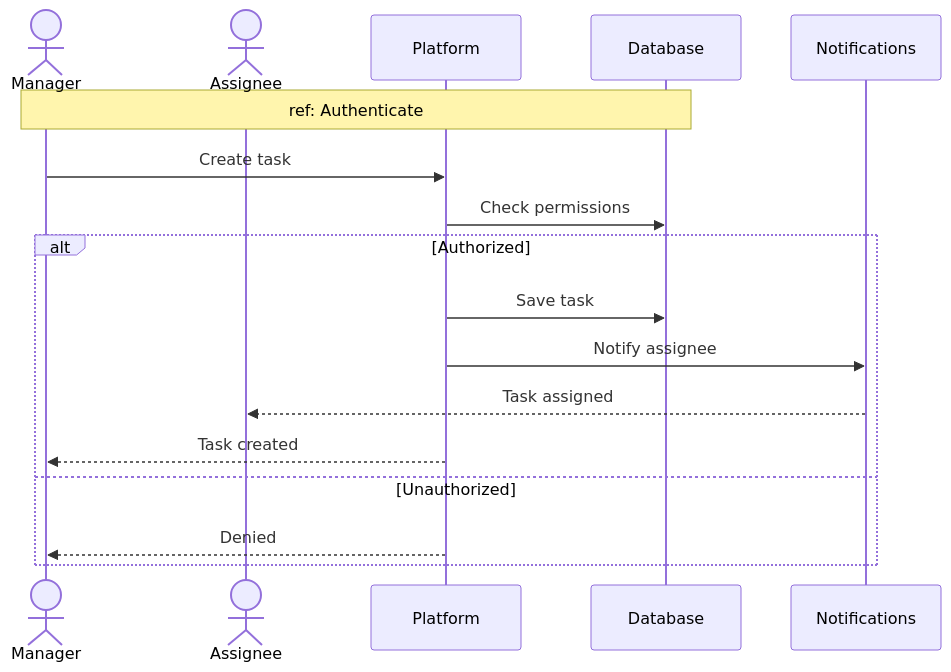
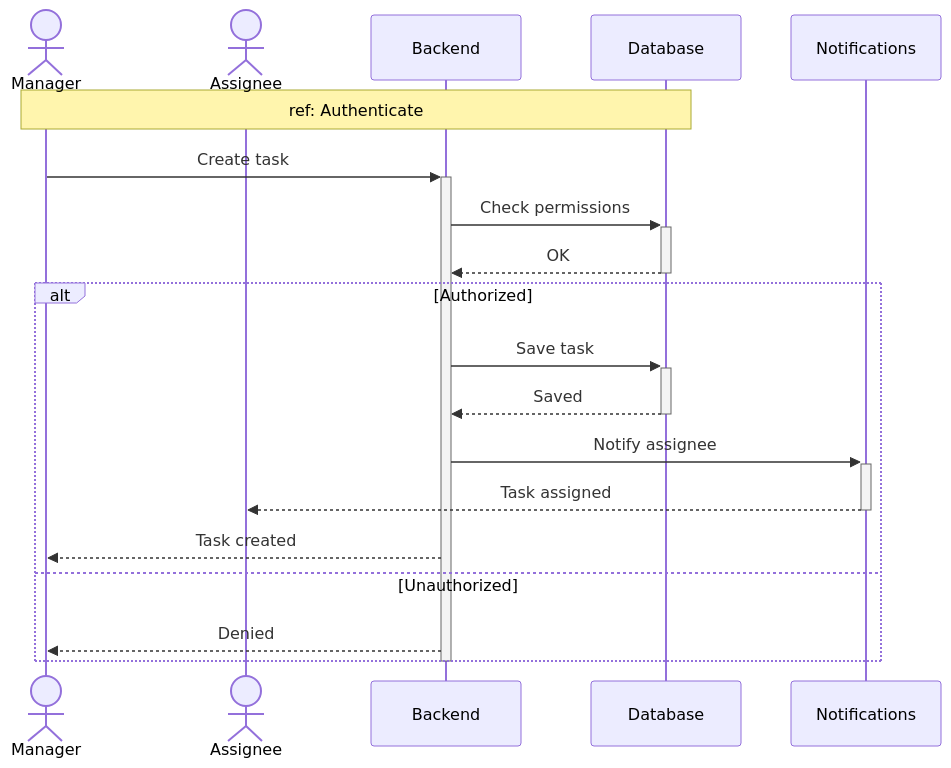
Diagram 11 of 16 in docs/SEQUENCE_DIAGRAMS.md (MohamedChebbi123/teamnest), drawn with Mermaid before and after one commit. The commit also changed other lines of this file, not shown here.

````diff
--- a/docs/SEQUENCE_DIAGRAMS.md
+++ b/docs/SEQUENCE_DIAGRAMS.md
@@ -344,21 +395,24 @@
 ```mermaid
 sequenceDiagram
     actor Manager
     actor Assignee
-    participant API as Platform
+    participant API as Backend
     participant DB as Database
     participant Notif as Notifications
 
     Note over Manager,DB: ref: Authenticate
 
-    Manager->>API: Create task
-    API->>DB: Check permissions
+    Manager->>+API: Create task
+    API->>+DB: Check permissions
+    DB-->>-API: OK
     alt Authorized
-        API->>DB: Save task
-        API->>Notif: Notify assignee
-        Notif-->>Assignee: Task assigned
+        API->>+DB: Save task
+        DB-->>-API: Saved
+        API->>+Notif: Notify assignee
+        Notif-->>-Assignee: Task assigned
         API-->>Manager: Task created
     else Unauthorized
         API-->>Manager: Denied
     end
+    deactivate API
 ```
````
